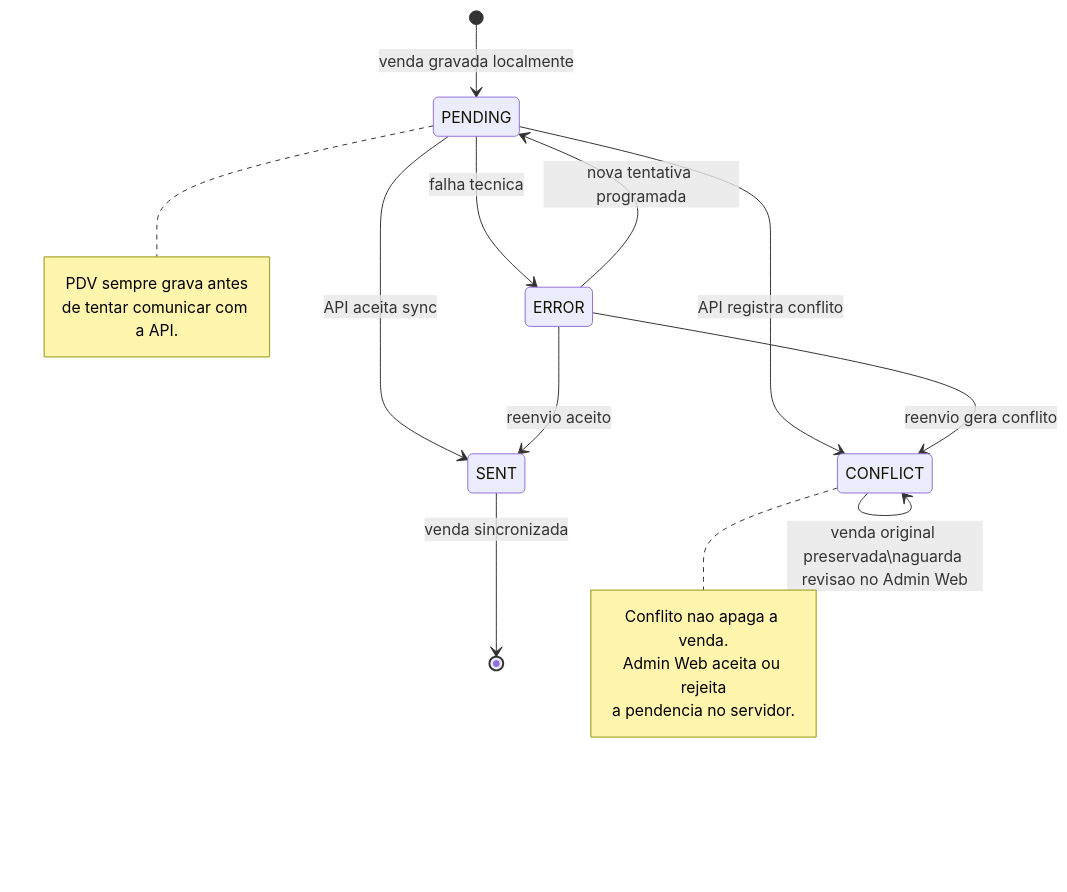
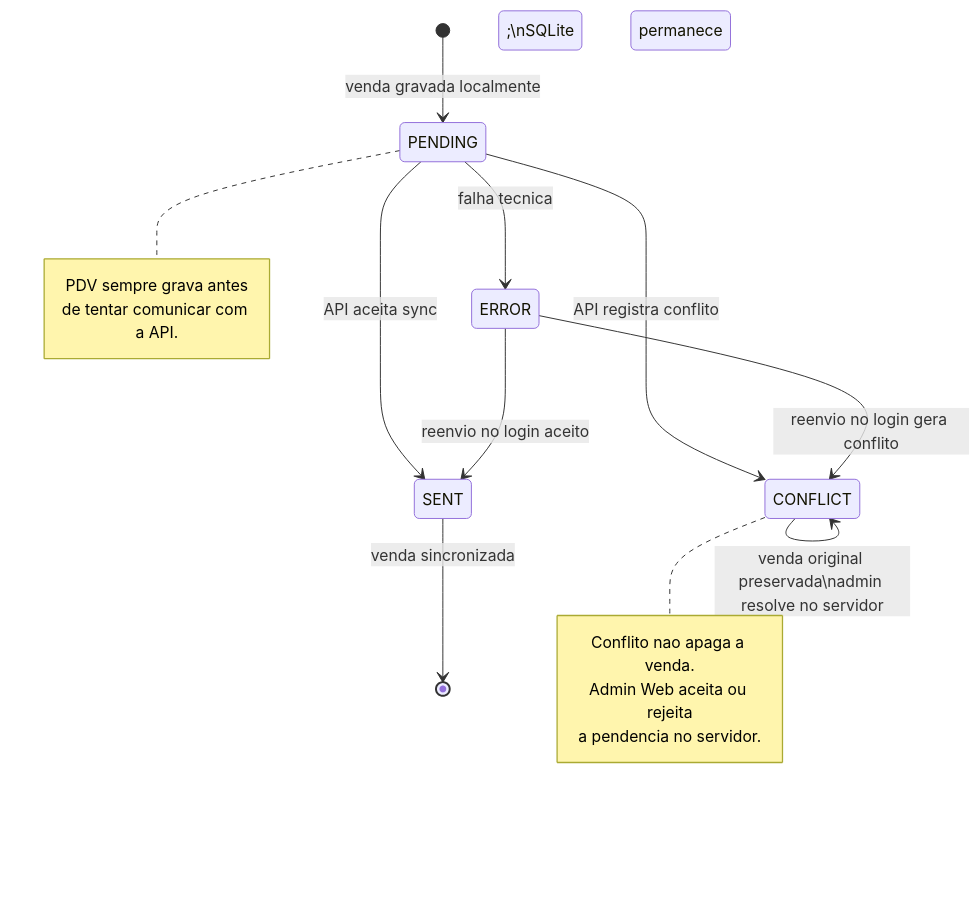
Before and after one commit to Fatech-Ypiranga/Mercado-One-Java: the eighth of 9 diagrams in docs/diagramas.md, drawn with Mermaid. The commit also changed other lines of this file and 26 other files, not shown here.

````diff
--- a/docs/diagramas.md
+++ b/docs/diagramas.md
@@ -519,26 +517,25 @@
 ```mermaid
 stateDiagram-v2
     [*] --> PENDING: venda gravada localmente
 
     PENDING --> SENT: API aceita sync
     PENDING --> CONFLICT: API registra conflito
     PENDING --> ERROR: falha tecnica
 
-    ERROR --> PENDING: nova tentativa programada
-    ERROR --> SENT: reenvio aceito
-    ERROR --> CONFLICT: reenvio gera conflito
+    ERROR --> SENT: reenvio no login aceito
+    ERROR --> CONFLICT: reenvio no login gera conflito
 
-    CONFLICT --> CONFLICT: venda original preservada\naguarda revisao no Admin Web
+    CONFLICT --> CONFLICT: venda original preservada\nadmin resolve no servidor;\nSQLite permanece CONFLICT
     SENT --> [*]: venda sincronizada
 
     note right of PENDING
         PDV sempre grava antes
         de tentar comunicar com a API.
     end note
 
     note right of CONFLICT
         Conflito nao apaga a venda.
         Admin Web aceita ou rejeita
         a pendencia no servidor.
     end note
 ```
````
